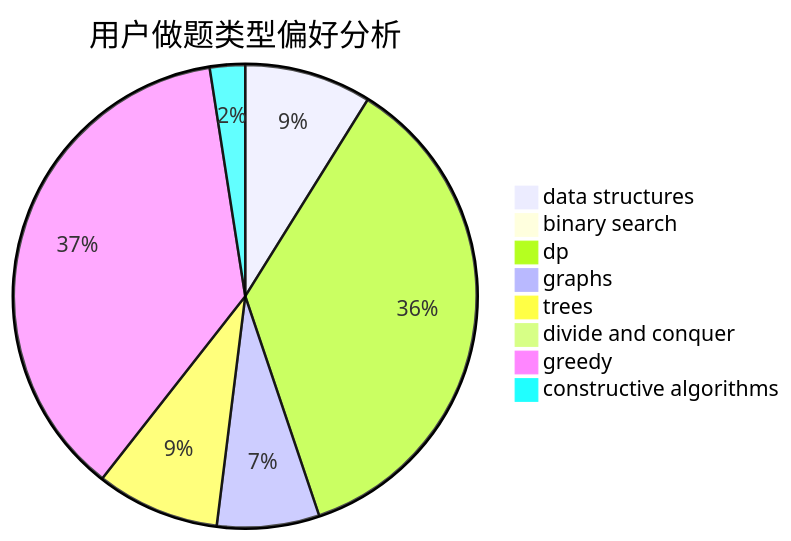
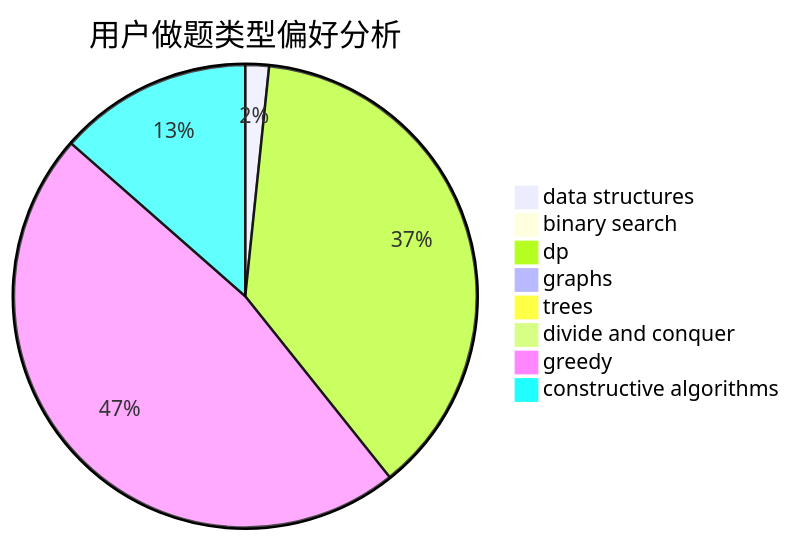
The second of 3 diagrams in docs/user/u9.md (sherpahu/cfrs.github.io), drawn with Mermaid before and after one commit. The commit also changed other lines of this file and 2770 other files, not shown here.

````diff
--- a/docs/user/u9.md
+++ b/docs/user/u9.md
@@ -23,11 +23,11 @@
 ```mermaid
 pie title 用户做题类型偏好分析
-    "data structures" :  36
-    "binary search" :  1
-    "dp" :  146
-    "graphs" :  29
-    "trees" :  35
+    "data structures" :  10
+    "binary search" :  3
+    "dp" :  228
+    "graphs" :  0
+    "trees" :  0
     "divide and conquer" :  0
-    "greedy" :  150
-    "constructive algorithms" :  10
+    "greedy" :  286
+    "constructive algorithms" :  82
 ```
````
